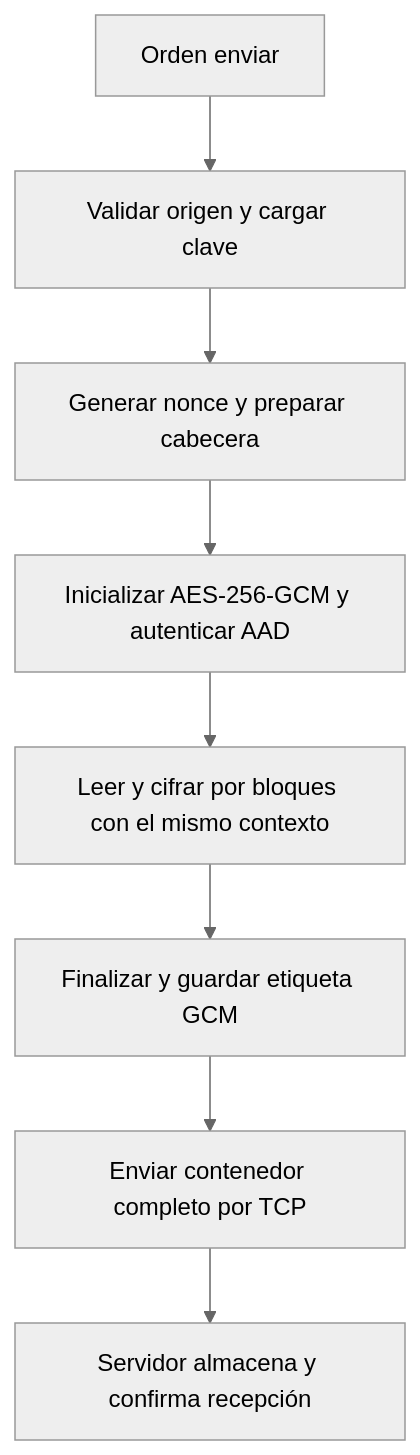
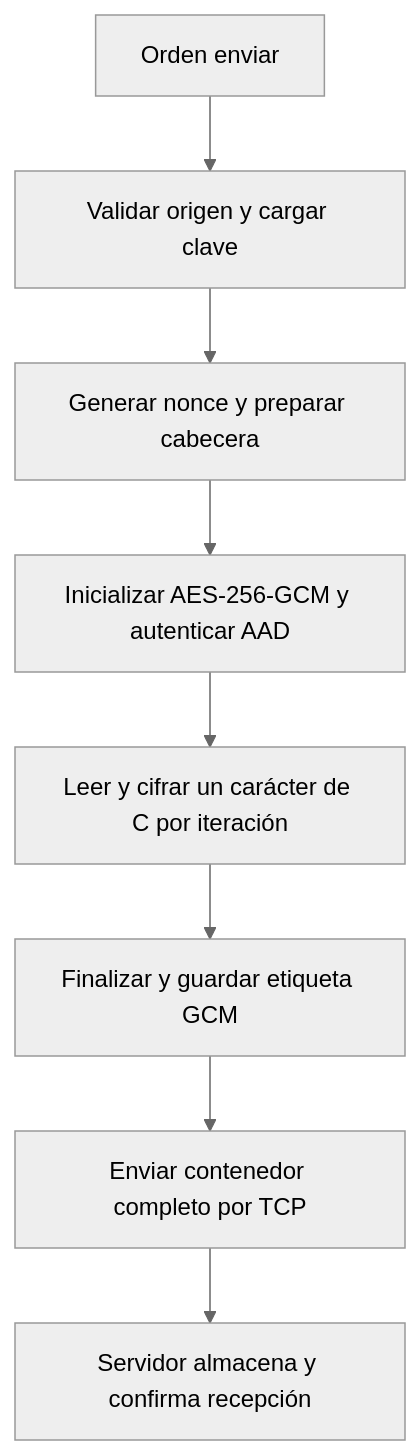
The diagram in docs/encryption.md (Fabbbri/distributed-typist), drawn with Mermaid (neutral theme) before and after one commit. The commit also changed other lines of this file and 6 other files, not shown here.

````diff
--- a/docs/encryption.md
+++ b/docs/encryption.md
@@ -117,10 +120,10 @@
 ```mermaid
 flowchart TD
     A[Orden enviar] --> B[Validar origen y cargar clave]
     B --> C[Generar nonce y preparar cabecera]
     C --> D[Inicializar AES-256-GCM y autenticar AAD]
-    D --> E[Leer y cifrar por bloques con el mismo contexto]
+    D --> E[Leer y cifrar un carácter de C por iteración]
     E --> F[Finalizar y guardar etiqueta GCM]
     F --> G[Enviar contenedor completo por TCP]
     G --> H[Servidor almacena y confirma recepción]
 ```
````
